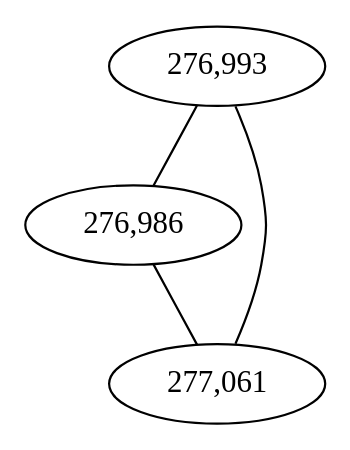
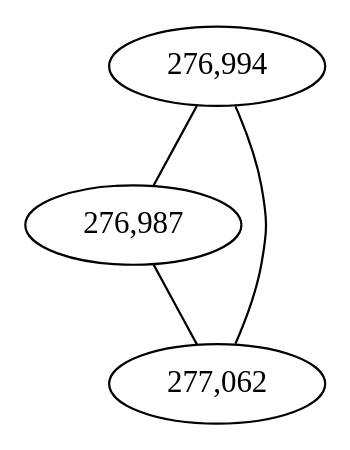
One commit to fedarko/sheepgut changed the diagram in notebooks/graphs/BACTEROIDALES_cc8.gv. Above: the diagram before and after it, drawn with Graphviz. The commit also changed 60 other files, not shown here.

First line of the commit message:
1-index positions in nx graphs

```diff
--- a/notebooks/graphs/BACTEROIDALES_cc8.gv
+++ b/notebooks/graphs/BACTEROIDALES_cc8.gv
@@ -1,10 +1,10 @@
 graph BACTEROIDALES_cc8 {
 	overlap="prism50";
 	outputorder="edgesfirst";
-	"276,993" [style="filled", fillcolor="#ffffff", fontcolor="#000000"];
-	"276,986" [style="filled", fillcolor="#ffffff", fontcolor="#000000"];
-	"277,061" [style="filled", fillcolor="#ffffff", fontcolor="#000000"];
-	"276,993" -- "276,986";
-	"276,993" -- "277,061";
-	"276,986" -- "277,061";
+	"276,994" [style="filled", fillcolor="#ffffff", fontcolor="#000000"];
+	"276,987" [style="filled", fillcolor="#ffffff", fontcolor="#000000"];
+	"277,062" [style="filled", fillcolor="#ffffff", fontcolor="#000000"];
+	"276,994" -- "276,987";
+	"276,994" -- "277,062";
+	"276,987" -- "277,062";
 }
```
